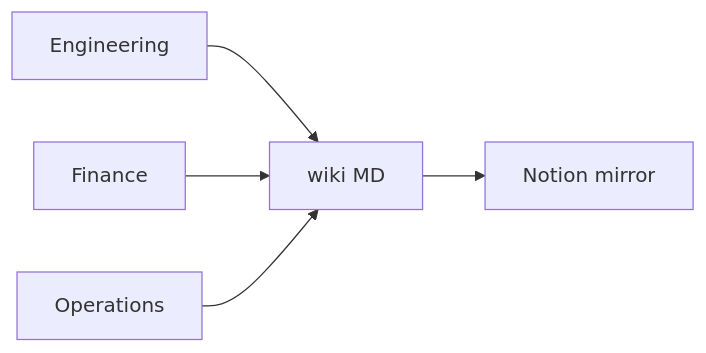
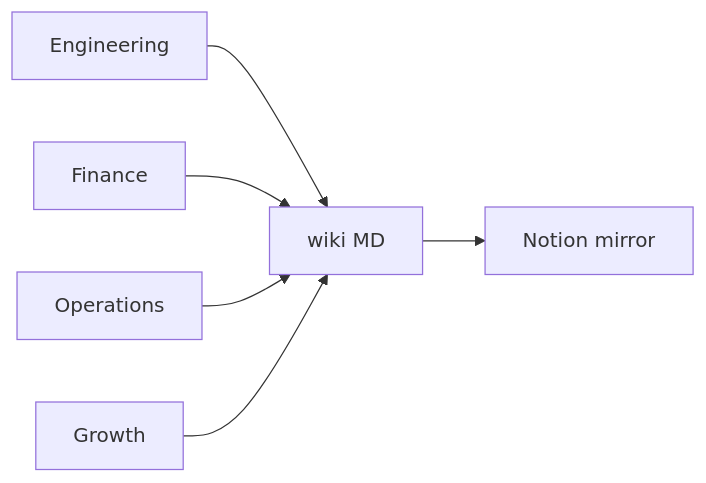
One commit to NickyHeC/4r7a changed the diagram in docs/agents/README.md. Above: the diagram before and after it, drawn with Mermaid. The commit also changed other lines of this file and 7 other files, not shown here.

````diff
--- a/docs/agents/README.md
+++ b/docs/agents/README.md
@@ -7,7 +7,8 @@
 ```mermaid
 flowchart LR
   ENG[Engineering] --> WIKI[wiki MD]
   FIN[Finance] --> WIKI
   OPS[Operations] --> WIKI
+  GRO[Growth] --> WIKI
   WIKI --> Notion[Notion mirror]
 ```
````
